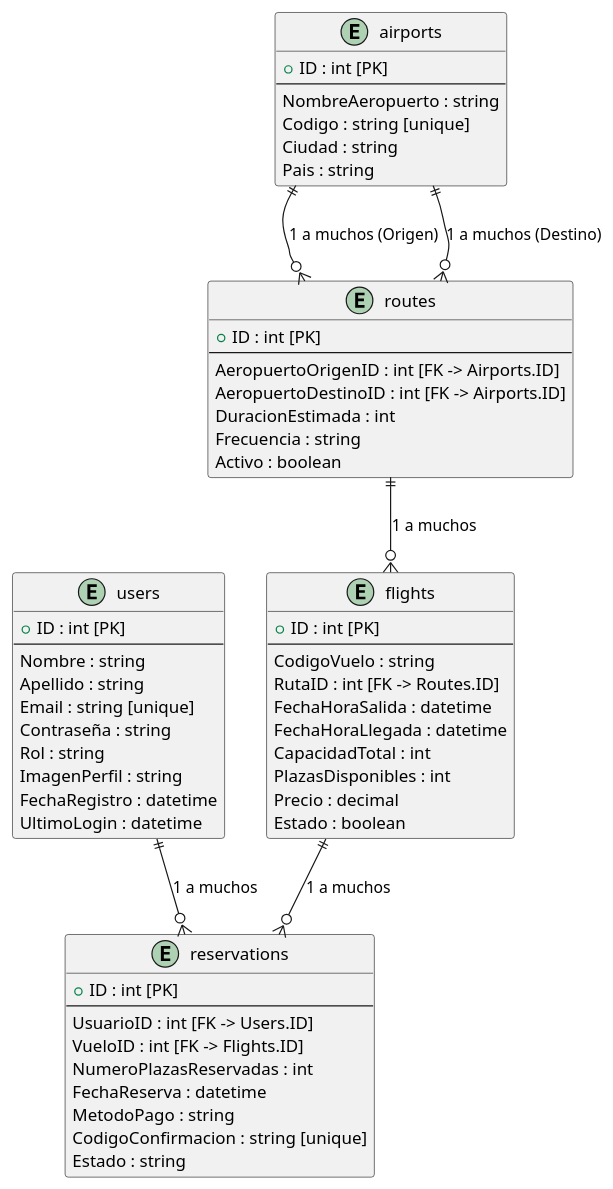
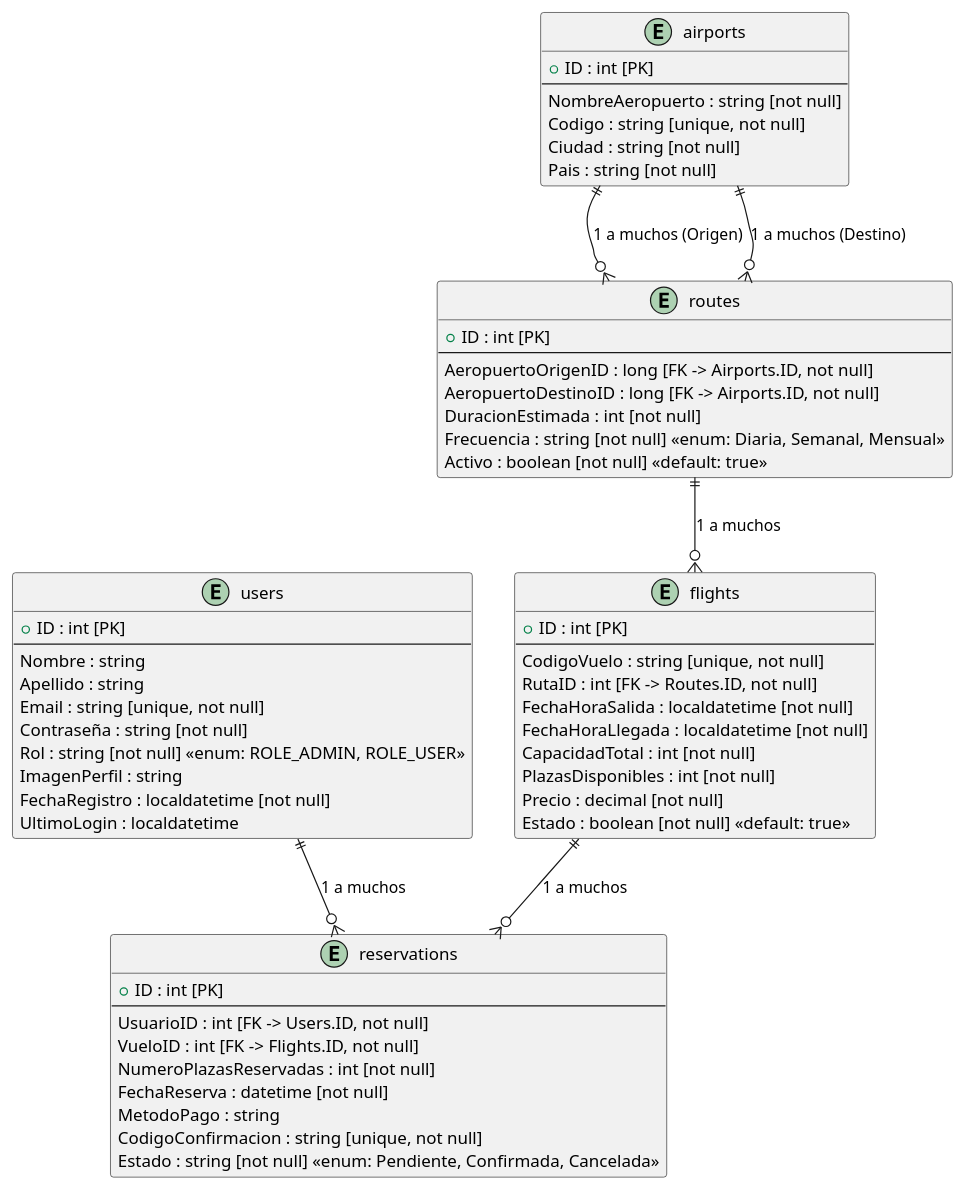
Before and after one commit to Uxoa/cms: the diagram in src/main/resources/airBossER.puml, drawn with PlantUML. The commit also changed other lines of this file and 8 other files, not shown here.

```diff
--- a/src/main/resources/airBossER.puml
+++ b/src/main/resources/airBossER.puml
@@ -1,65 +1,65 @@
 @startuml
 entity "users" as Users {
     + ID : int [PK]
     --
     Nombre : string
     Apellido : string
-    Email : string [unique]
-    Contraseña : string
-    Rol : string
+    Email : string [unique, not null]
+    Contraseña : string [not null]
+    Rol : string [not null] <<enum: ROLE_ADMIN, ROLE_USER>>
     ImagenPerfil : string
-    FechaRegistro : datetime
-    UltimoLogin : datetime
+    FechaRegistro : localdatetime [not null]
+    UltimoLogin : localdatetime
 }
 
 entity "flights" as Flights {
     + ID : int [PK]
     --
-    CodigoVuelo : string
-    RutaID : int [FK -> Routes.ID]
-    FechaHoraSalida : datetime
-    FechaHoraLlegada : datetime
-    CapacidadTotal : int
-    PlazasDisponibles : int
-    Precio : decimal
-    Estado : boolean
+    CodigoVuelo : string [unique, not null]
+    RutaID : int [FK -> Routes.ID, not null]
+    FechaHoraSalida : localdatetime [not null]
+    FechaHoraLlegada : localdatetime [not null]
+    CapacidadTotal : int [not null]
+    PlazasDisponibles : int [not null]
+    Precio : decimal [not null]
+    Estado : boolean [not null] <<default: true>>
 }
 
 entity "reservations" as Reservations {
     + ID : int [PK]
     --
-    UsuarioID : int [FK -> Users.ID]
-    VueloID : int [FK -> Flights.ID]
-    NumeroPlazasReservadas : int
-    FechaReserva : datetime
+    UsuarioID : int [FK -> Users.ID, not null]
+    VueloID : int [FK -> Flights.ID, not null]
+    NumeroPlazasReservadas : int [not null]
+    FechaReserva : datetime [not null]
     MetodoPago : string
-    CodigoConfirmacion : string [unique]
-    Estado : string
+    CodigoConfirmacion : string [unique, not null]
+    Estado : string [not null] <<enum: Pendiente, Confirmada, Cancelada>>
 }
 
 entity "airports" as Airports {
     + ID : int [PK]
     --
-    NombreAeropuerto : string
-    Codigo : string [unique]
-    Ciudad : string
-    Pais : string
+    NombreAeropuerto : string [not null]
+    Codigo : string [unique, not null]
+    Ciudad : string [not null]
+    Pais : string [not null]
 }
 
 entity "routes" as Routes {
     + ID : int [PK]
     --
-    AeropuertoOrigenID : int [FK -> Airports.ID]
-    AeropuertoDestinoID : int [FK -> Airports.ID]
-    DuracionEstimada : int
-    Frecuencia : string
-    Activo : boolean
+    AeropuertoOrigenID : long [FK -> Airports.ID, not null]
+    AeropuertoDestinoID : long [FK -> Airports.ID, not null]
+    DuracionEstimada : int [not null]
+    Frecuencia : string [not null] <<enum: Diaria, Semanal, Mensual>>
+    Activo : boolean [not null] <<default: true>>
 }
 
 ' Relationships
 Users ||--o{ Reservations : "1 a muchos"
 Flights ||--o{ Reservations : "1 a muchos"
 Routes ||--o{ Flights : "1 a muchos"
 Airports ||--o{ Routes : "1 a muchos (Origen)"
 Airports ||--o{ Routes : "1 a muchos (Destino)"
 @enduml
```
